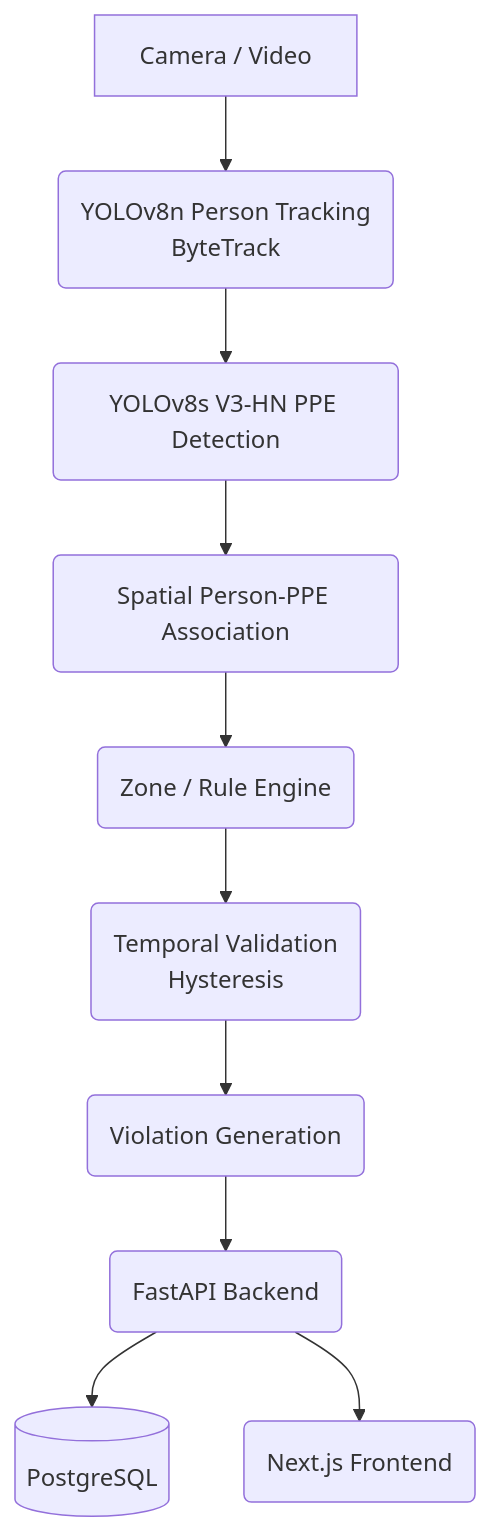
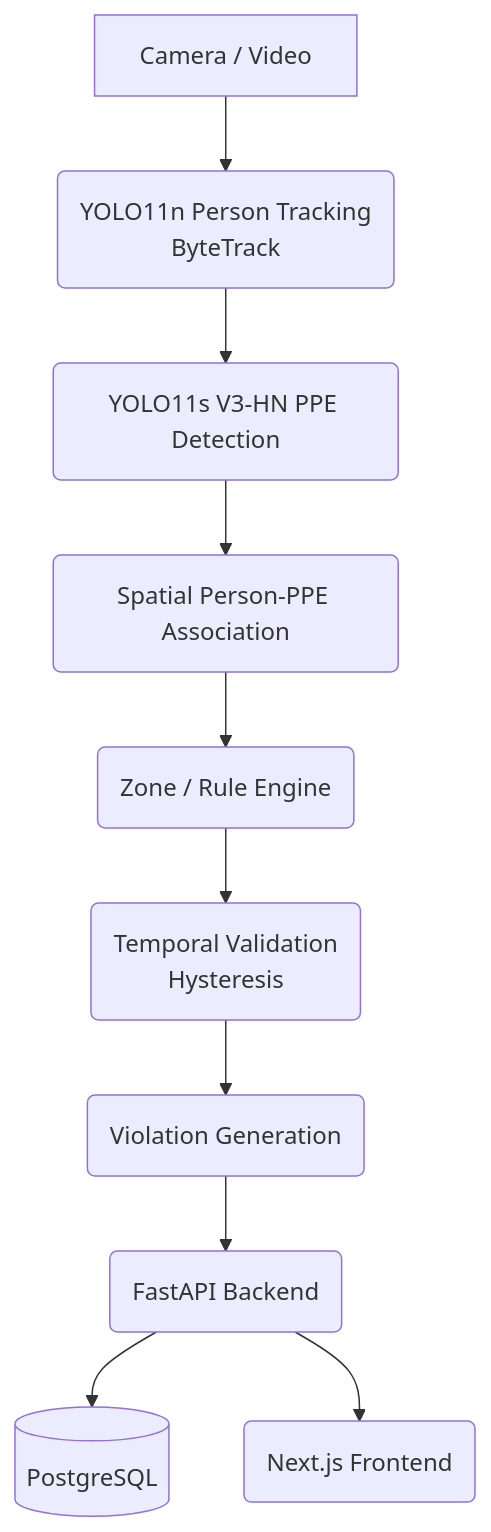
One commit to ShreeHarishG/PEE-Real-Time-Detection changed the diagram in 11_ARCHITECTURE/ARCHITECTURE.md. Above: the diagram before and after it, drawn with Mermaid. The commit also changed 63 other files, not shown here.

````diff
--- a/11_ARCHITECTURE/ARCHITECTURE.md
+++ b/11_ARCHITECTURE/ARCHITECTURE.md
@@ -3,12 +3,12 @@
 ```mermaid
 flowchart TD
-    A[Camera / Video] --> B(YOLOv8n Person Tracking\nByteTrack)
-    B --> C(YOLOv8s V3-HN PPE Detection)
+    A[Camera / Video] --> B(YOLO11n Person Tracking\nByteTrack)
+    B --> C(YOLO11s V3-HN PPE Detection)
     C --> D(Spatial Person-PPE Association)
     D --> E(Zone / Rule Engine)
     E --> F(Temporal Validation\nHysteresis)
     F --> G(Violation Generation)
     G --> H(FastAPI Backend)
     H --> I[(PostgreSQL)]
     H --> J(Next.js Frontend)
 ```
````
